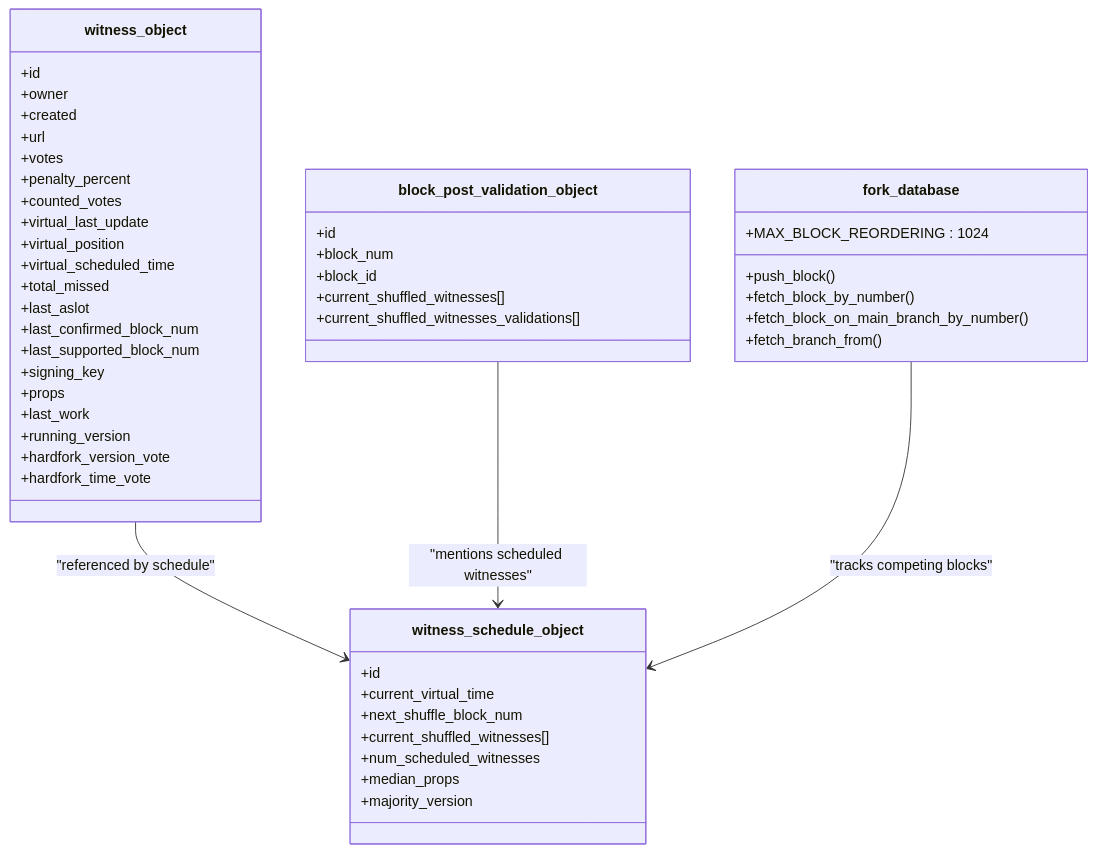
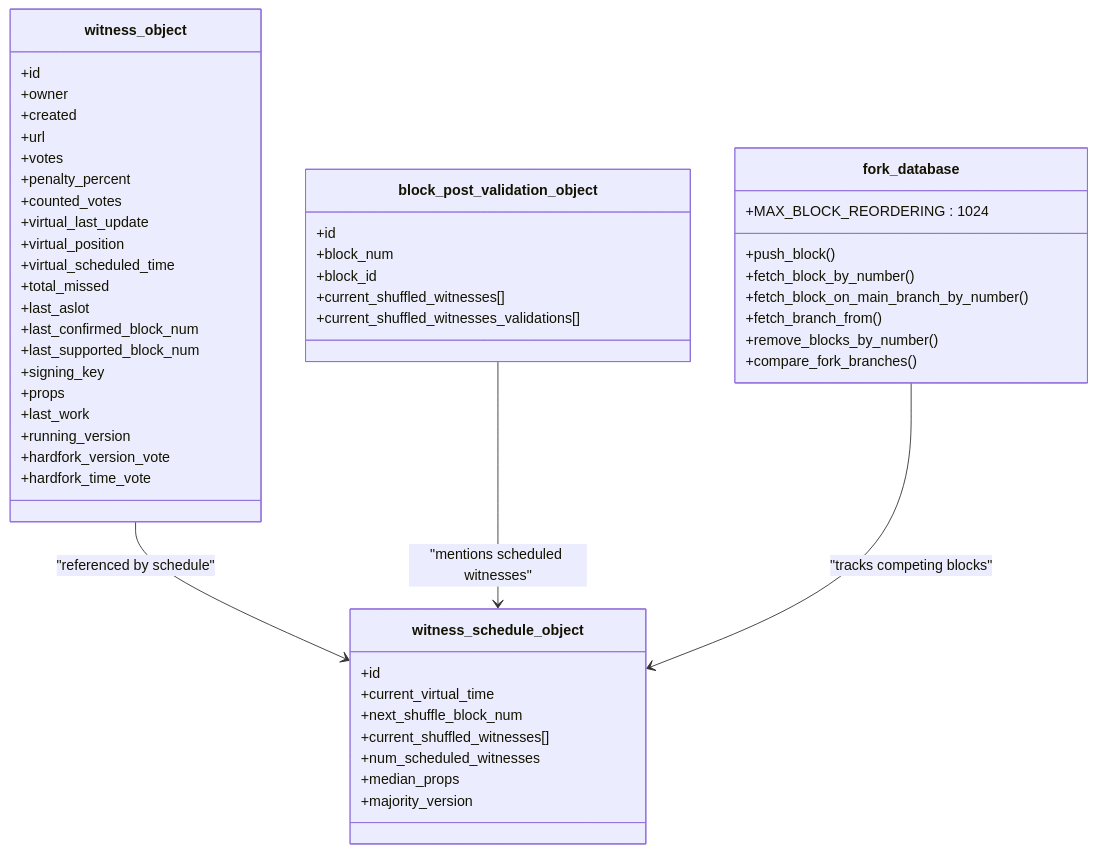
One commit to VIZ-Blockchain/viz-cpp-node changed the seventh of 8 diagrams in .qoder/repowiki/en/content/Witness.md. Above: the diagram before and after it, drawn with Mermaid. The commit also changed other lines of this file and 9 other files, not shown here.

````diff
--- a/.qoder/repowiki/en/content/Witness.md
+++ b/.qoder/repowiki/en/content/Witness.md
@@ -486,51 +607,53 @@
 ```mermaid
 classDiagram
 class witness_object {
 +id
 +owner
 +created
 +url
 +votes
 +penalty_percent
 +counted_votes
 +virtual_last_update
 +virtual_position
 +virtual_scheduled_time
 +total_missed
 +last_aslot
 +last_confirmed_block_num
 +last_supported_block_num
 +signing_key
 +props
 +last_work
 +running_version
 +hardfork_version_vote
 +hardfork_time_vote
 }
 class witness_schedule_object {
 +id
 +current_virtual_time
 +next_shuffle_block_num
 +current_shuffled_witnesses[]
 +num_scheduled_witnesses
 +median_props
 +majority_version
 }
 class block_post_validation_object {
 +id
 +block_num
 +block_id
 +current_shuffled_witnesses[]
 +current_shuffled_witnesses_validations[]
 }
 class fork_database {
 +MAX_BLOCK_REORDERING : 1024
 +push_block()
 +fetch_block_by_number()
 +fetch_block_on_main_branch_by_number()
 +fetch_branch_from()
++remove_blocks_by_number()
++compare_fork_branches()
 }
 witness_object --> witness_schedule_object : "referenced by schedule"
 block_post_validation_object --> witness_schedule_object : "mentions scheduled witnesses"
 fork_database --> witness_schedule_object : "tracks competing blocks"
 ```
````
